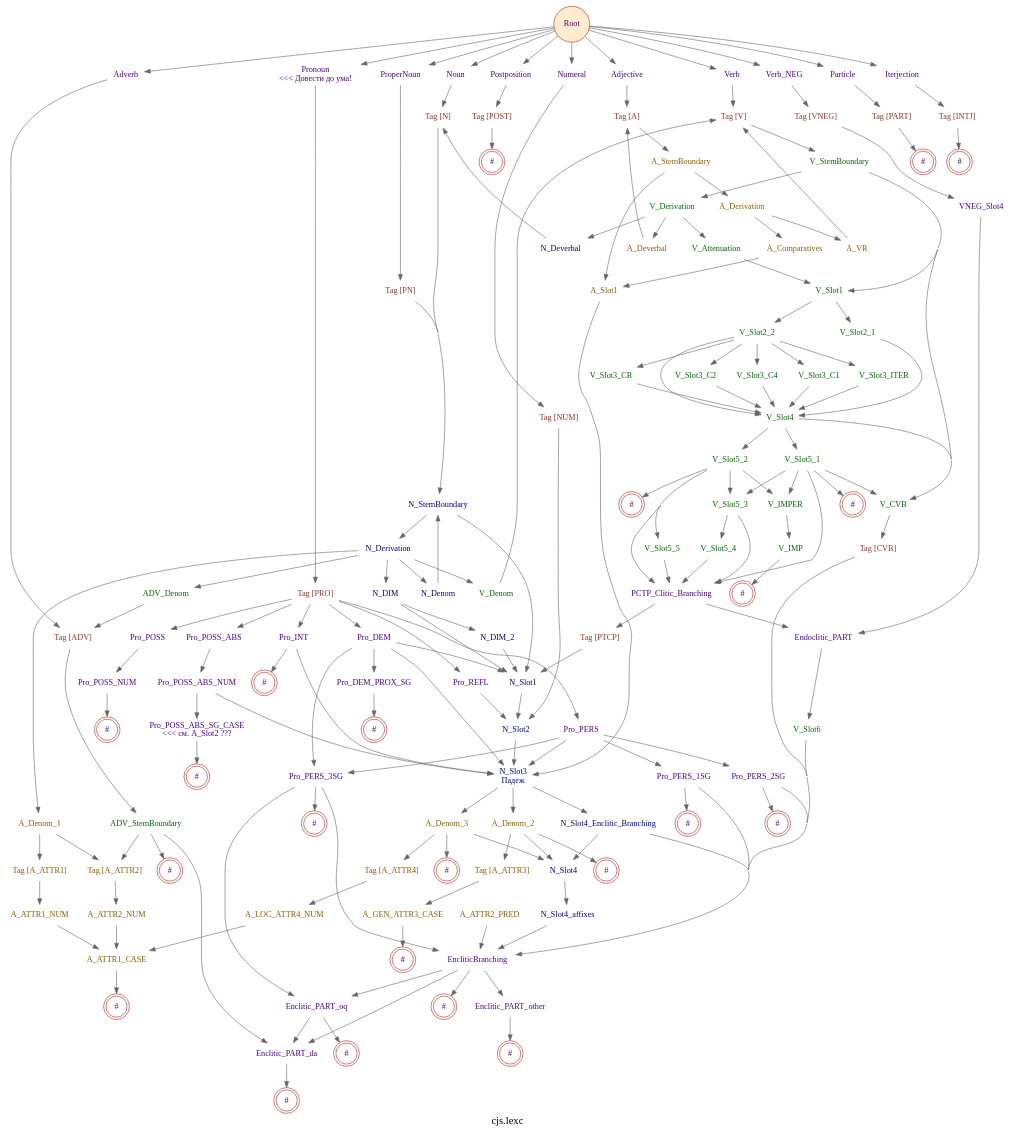
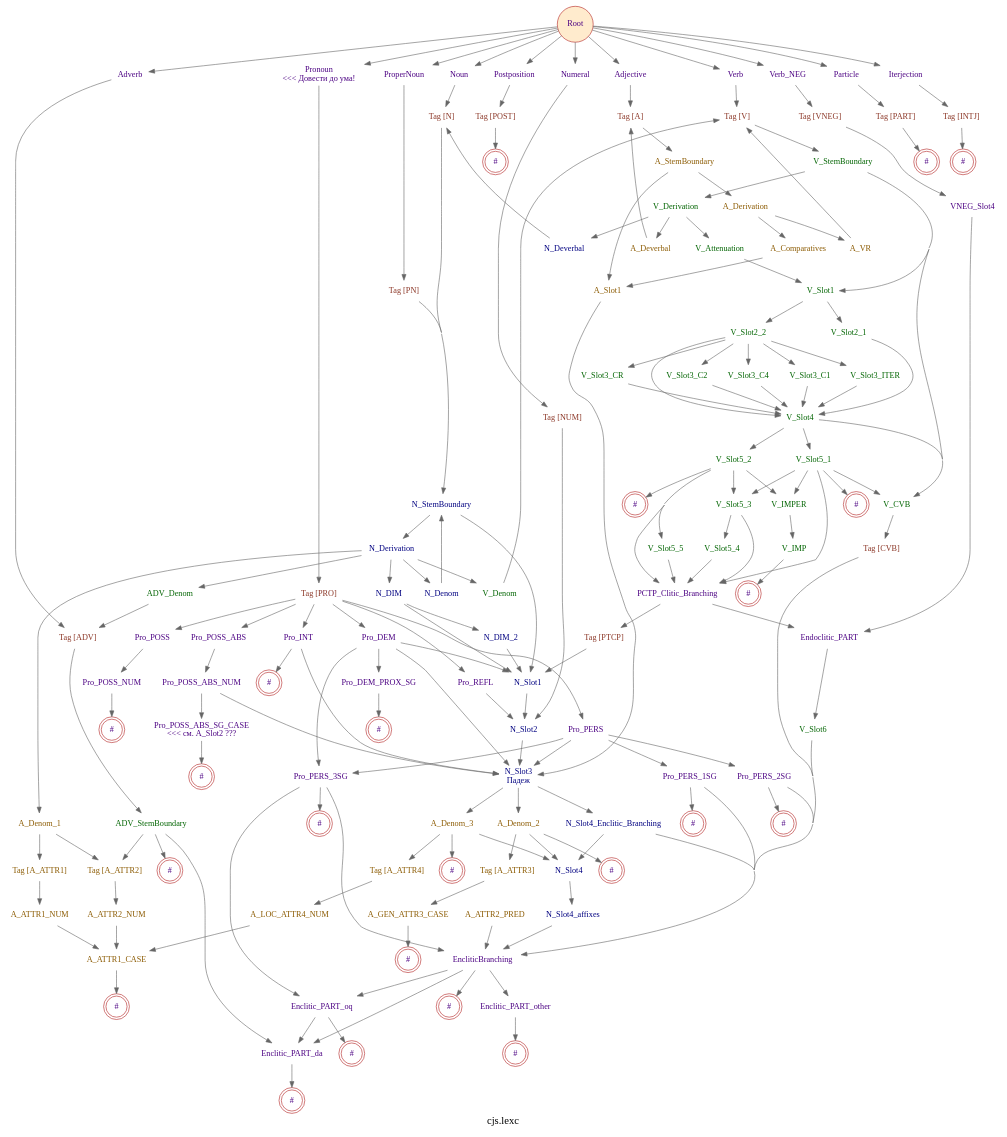
The diagram in doc/cjs.lexc.gv (kyrill-shakhovtsov/cjs-morphology-fst), drawn with Graphviz before and after one commit. The commit also changed other lines of this file and 19 other files, not shown here.

```diff
--- a/doc/cjs.lexc.gv
+++ b/doc/cjs.lexc.gv
@@ -11,15 +11,6 @@
 		shape=none
 	];
 	edge [color=gray40];
-	subgraph Tags {
-		graph [rank=same];
-		Tag_N	[fontcolor=tomato4,
-			label="Tag [N]"];
-		Tag_V	[fontcolor=tomato4,
-			label="Tag [V]"];
-		Tag_A	[fontcolor=tomato4,
-			label="Tag [A]"];
-	}
 	subgraph POS {
 		graph [rank=same];
 		Noun	[label=Noun];
@@ -33,6 +24,15 @@
 		Adverb	[label=Adverb];
 		Particle	[label=Particle];
 		Iterjection	[label=Iterjection];
+	}
+	subgraph Tags {
+		graph [rank=same];
+		Tag_N	[fontcolor=tomato4,
+			label="Tag [N]"];
+		Tag_V	[fontcolor=tomato4,
+			label="Tag [V]"];
+		Tag_A	[fontcolor=tomato4,
+			label="Tag [A]"];
 	}
 	Root	[color=firebrick,
 		fillcolor=blanchedalmond,
```
